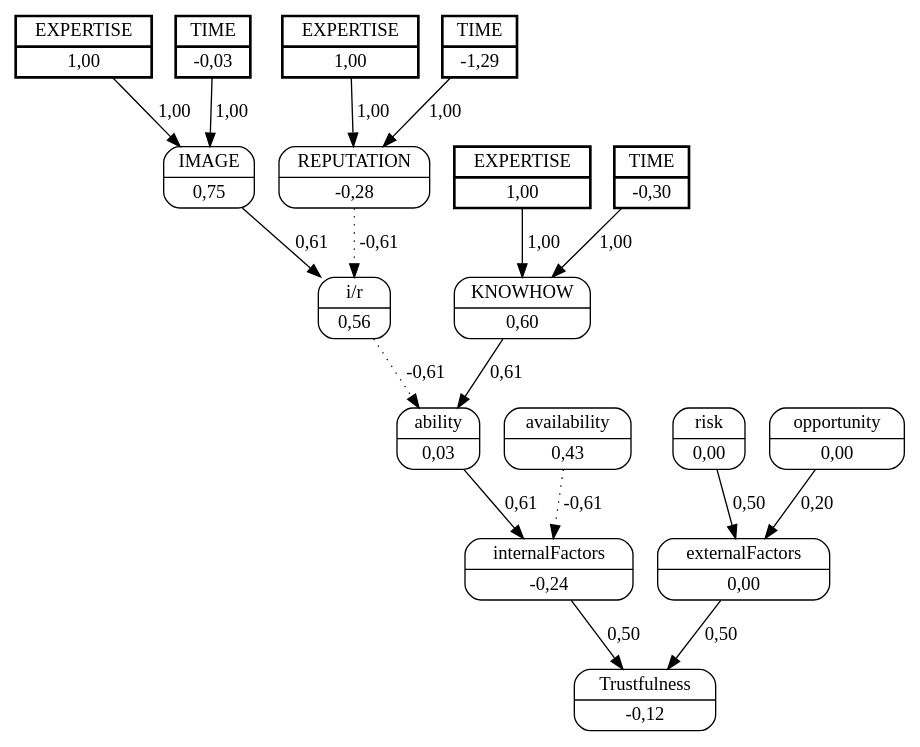
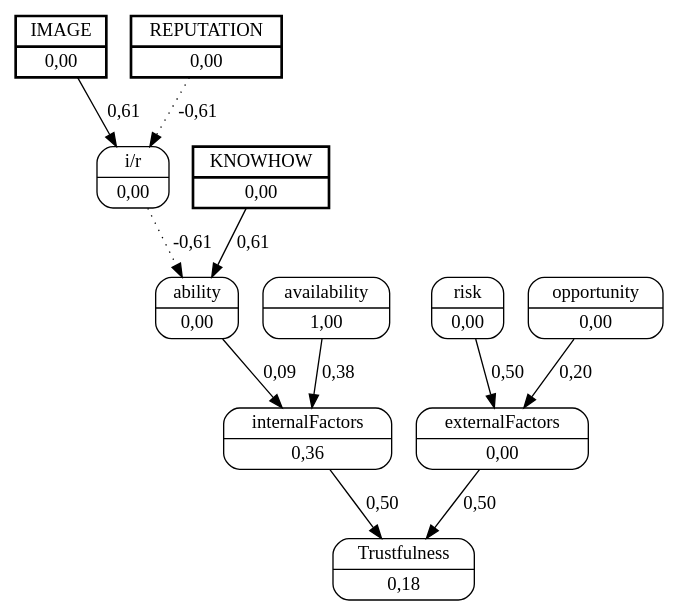
One commit to jjbaqueta/unload_experiment changed the diagram in unload_boxes/dots/worker_1helper_4.dot. Above: the diagram before and after it, drawn with Graphviz. The commit also changed 61 other files, not shown here.

```diff
--- a/unload_boxes/dots/worker_1helper_4.dot
+++ b/unload_boxes/dots/worker_1helper_4.dot
@@ -1,38 +1,25 @@
 digraph FCM_net{
 	node [shape=record, style=rounded]
-	11 [label="{EXPERTISE | 1,00}", style=bold, penwidth=2, peripheries=2];
-	12 [label="{TIME | -0,03}", style=bold, penwidth=2, peripheries=2];
-	13 [label="{EXPERTISE | 1,00}", style=bold, penwidth=2, peripheries=2];
-	14 [label="{TIME | -1,29}", style=bold, penwidth=2, peripheries=2];
-	15 [label="{EXPERTISE | 1,00}", style=bold, penwidth=2, peripheries=2];
-	16 [label="{TIME | -0,30}", style=bold, penwidth=2, peripheries=2];
-	0 [label="{IMAGE | 0,75}"];
-	1 [label="{REPUTATION | -0,28}"];
-	2 [label="{KNOWHOW | 0,60}"];
-	3 [label="{i/r | 0,56}"];
-	4 [label="{ability | 0,03}"];
-	5 [label="{availability | 0,43}"];
-	6 [label="{internalFactors | -0,24}"];
+	0 [label="{IMAGE | 0,00}", style=bold, penwidth=2, peripheries=2];
+	1 [label="{REPUTATION | 0,00}", style=bold, penwidth=2, peripheries=2];
+	2 [label="{KNOWHOW | 0,00}", style=bold, penwidth=2, peripheries=2];
+	0 [label="{IMAGE | 0,00}"];
+	3 [label="{i/r | 0,00}"];
+	4 [label="{ability | 0,00}"];
+	5 [label="{availability | 1,00}"];
+	6 [label="{internalFactors | 0,36}"];
 	7 [label="{risk | 0,00}"];
 	8 [label="{opportunity | 0,00}"];
 	9 [label="{externalFactors | 0,00}"];
-	10 [label="{Trustfulness | -0,12}"];
-	11 [label="{EXPERTISE | 1,00}"];
-	13 [label="{EXPERTISE | 1,00}"];
+	10 [label="{Trustfulness | 0,18}"];
 	0 -> 3 [label = "0,61"];
 	1 -> 3 [label = "-0,61", style=dotted];
 	3 -> 4 [label = "-0,61", style=dotted];
 	2 -> 4 [label = "0,61"];
-	4 -> 6 [label = "0,61"];
-	5 -> 6 [label = "-0,61", style=dotted];
+	4 -> 6 [label = "0,09"];
+	5 -> 6 [label = "0,38"];
 	6 -> 10 [label = "0,50"];
 	7 -> 9 [label = "0,50"];
 	8 -> 9 [label = "0,20"];
 	9 -> 10 [label = "0,50"];
-	11 -> 0 [label = "1,00"];
-	12 -> 0 [label = "1,00"];
-	13 -> 1 [label = "1,00"];
-	14 -> 1 [label = "1,00"];
-	15 -> 2 [label = "1,00"];
-	16 -> 2 [label = "1,00"];
 }
```
